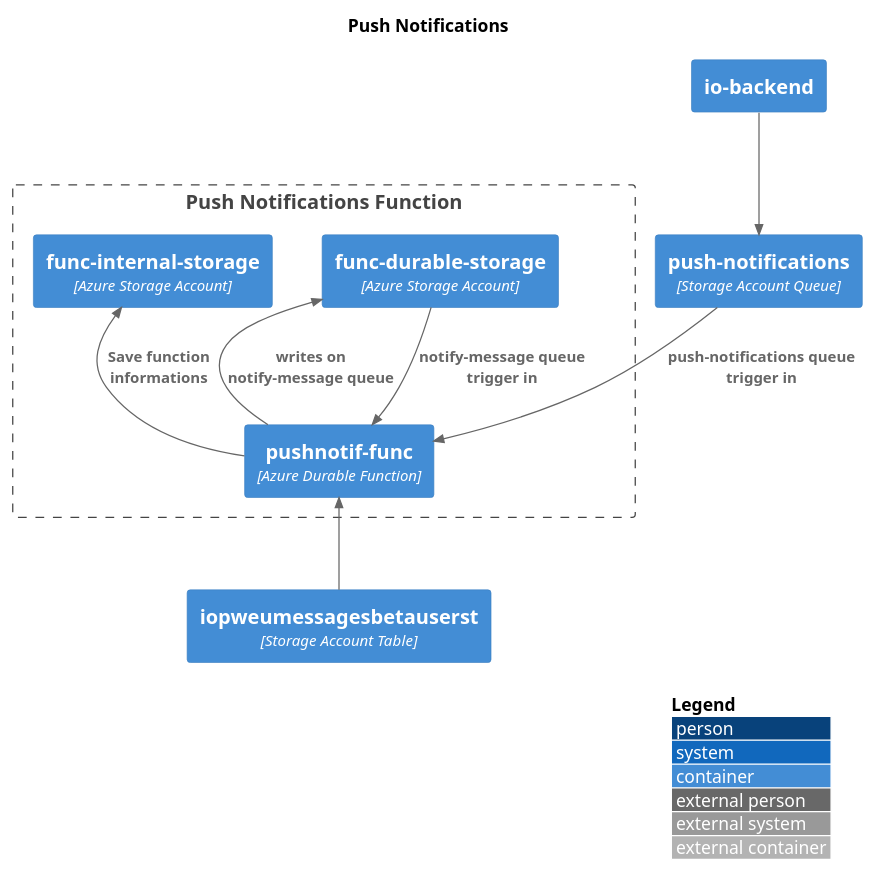
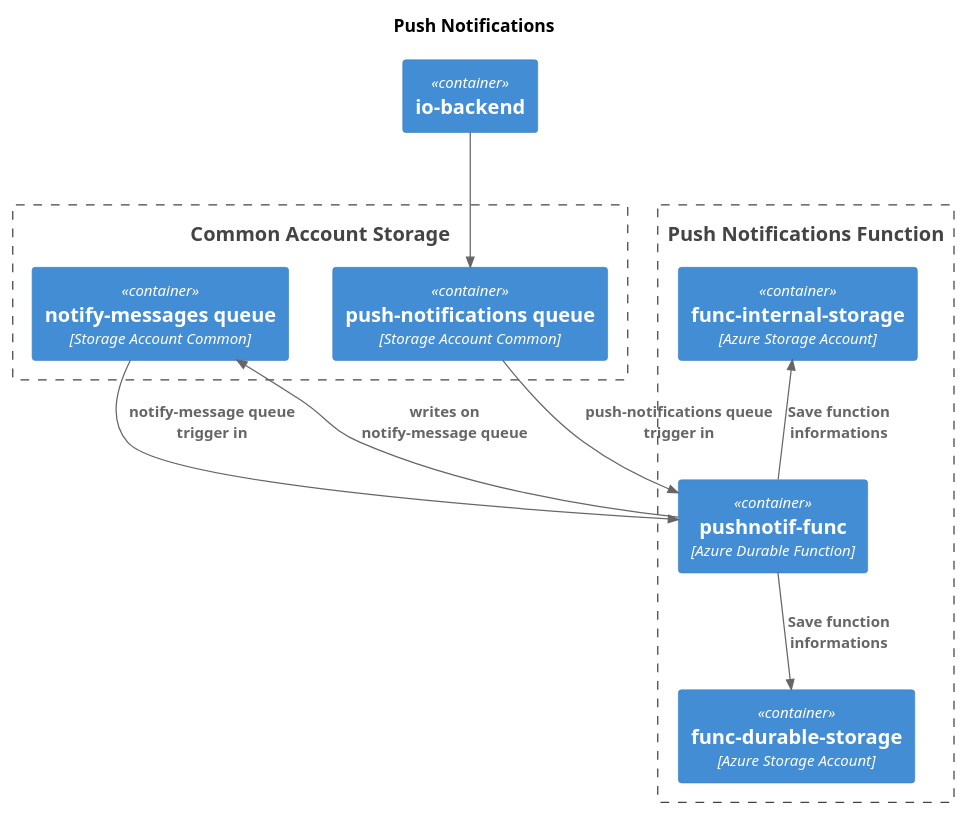
One commit to pagopa/io-messages changed the diagram in apps/pushnotif-func/docs/push-notifications-components.puml. Above: the diagram before and after it, drawn with PlantUML. The commit also changed 27 other files, not shown here.

```diff
--- a/apps/pushnotif-func/docs/push-notifications-components.puml
+++ b/apps/pushnotif-func/docs/push-notifications-components.puml
@@ -1,27 +1,31 @@
 @startuml push-notifications
 !include <C4/C4_Component>
 !include <C4/C4_Context>
 !include <C4/C4_Container>
 
-LAYOUT_WITH_LEGEND()
-
 title Push Notifications
 
-Boundary(io, "Push Notifications Function") {
+Boundary(io_com_push_func, "Push Notifications Function") {
     Container(pushNotifFunc, "pushnotif-func", "Azure Durable Function")
     Container(internalStorage, "func-internal-storage", "Azure Storage Account")
     Container(durableStorage, "func-durable-storage", "Azure Storage Account")
 }
 
+Boundary(io_com_account, "Common Account Storage") {
+    Container(pushNotifQueue, "push-notifications queue", "Storage Account Common")
+    Container(notifMessageQueue, "notify-messages queue", "Storage Account Common")
+}
+
+Rel_D(notifMessageQueue, pushNotifFunc, "notify-message queue trigger in")
+Rel_U(pushNotifFunc, notifMessageQueue, "writes on notify-message queue")
+
 Rel_U(pushNotifFunc, internalStorage, "Save function informations")
-Rel_U(pushNotifFunc, durableStorage, "writes on notify-message queue")
-Rel_D(durableStorage, pushNotifFunc, "notify-message queue trigger in")
+Rel_D(pushNotifFunc, durableStorage,  "Save function informations")
 
-Container(iopweumessagesbetauserst, "iopweumessagesbetauserst", "Storage Account Table")
 Container(iobackend, "io-backend")
-Container(pushNotifQueue, "push-notifications", "Storage Account Queue")
+
 
 Rel_D(iobackend, pushNotifQueue, "")
 Rel_D(pushNotifQueue, pushNotifFunc, "push-notifications queue trigger in")
-Rel_U(iopweumessagesbetauserst,pushNotifFunc,"")
+
 @enduml
```
